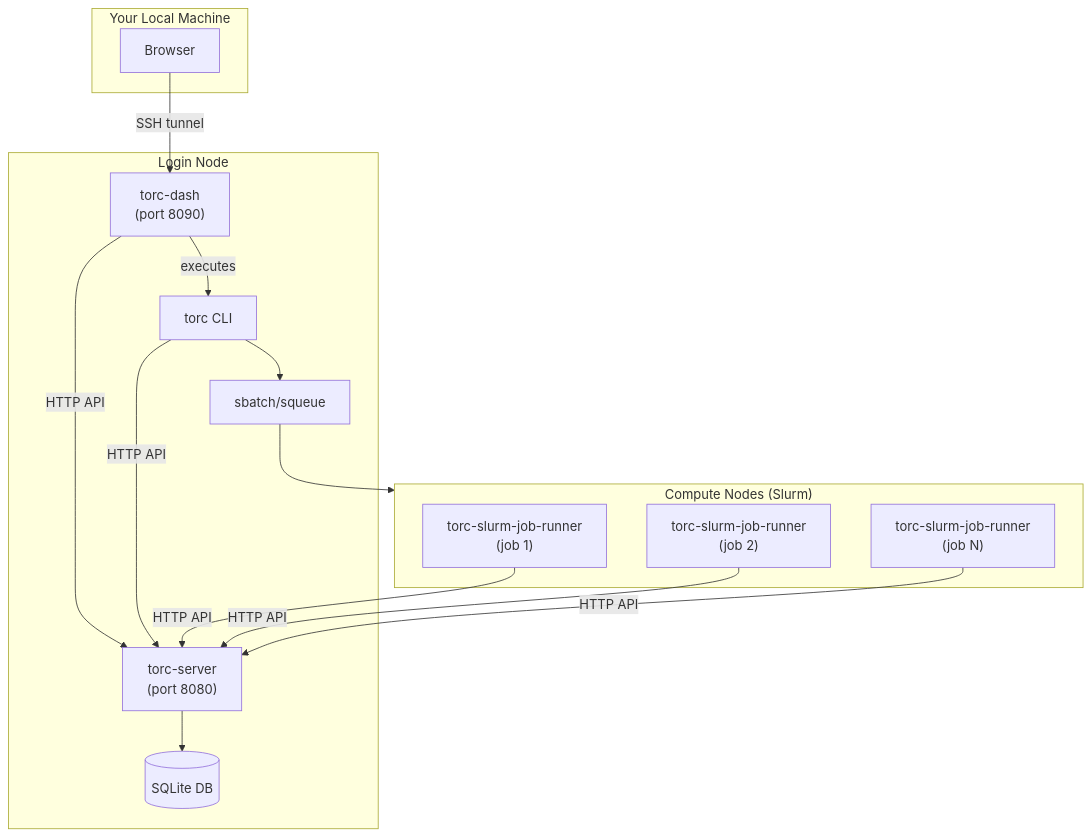
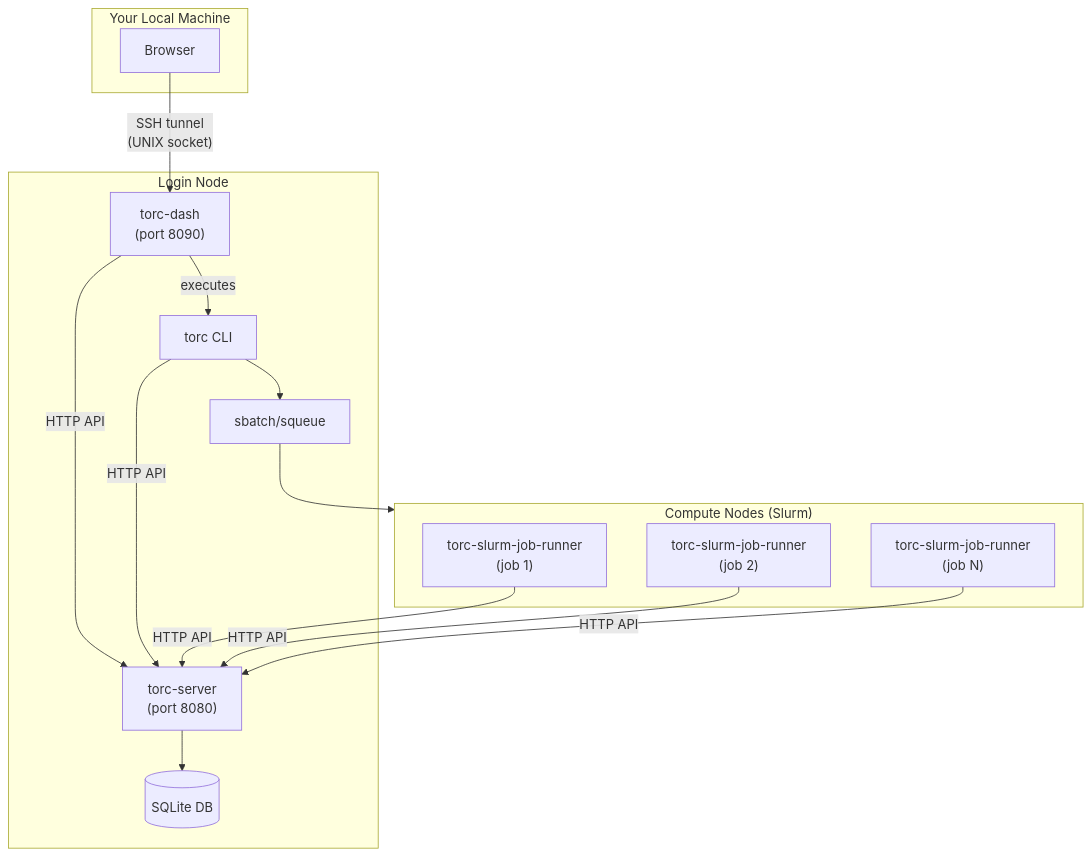
Before and after one commit to nreinicke/torc: the second of 3 diagrams in docs/src/specialized/tools/dashboard-deployment.md, drawn with Mermaid. The commit also changed other lines of this file and 6 other files, not shown here.

Commit message:
Use UNIX domain socket for remote torc-dash

````diff
--- a/docs/src/specialized/tools/dashboard-deployment.md
+++ b/docs/src/specialized/tools/dashboard-deployment.md
@@ -132,33 +132,33 @@
 ```mermaid
 flowchart TB
     subgraph local["Your Local Machine"]
         browser["Browser"]
     end
 
     subgraph login["Login Node"]
         dash["torc-dash<br/>(port 8090)"]
         server["torc-server<br/>(port 8080)"]
         cli["torc CLI"]
         db[("SQLite DB")]
         slurm["sbatch/squeue"]
 
         dash -->|"HTTP API"| server
         dash -->|"executes"| cli
         cli -->|"HTTP API"| server
         server --> db
         cli --> slurm
     end
 
     subgraph compute["Compute Nodes (Slurm)"]
         runner1["torc-slurm-job-runner<br/>(job 1)"]
         runner2["torc-slurm-job-runner<br/>(job 2)"]
         runnerN["torc-slurm-job-runner<br/>(job N)"]
 
         runner1 -->|"HTTP API"| server
         runner2 -->|"HTTP API"| server
         runnerN -->|"HTTP API"| server
     end
 
-    browser -->|"SSH tunnel"| dash
+    browser -->|"SSH tunnel<br/>(UNIX socket)"| dash
     slurm --> compute
 ```
````
